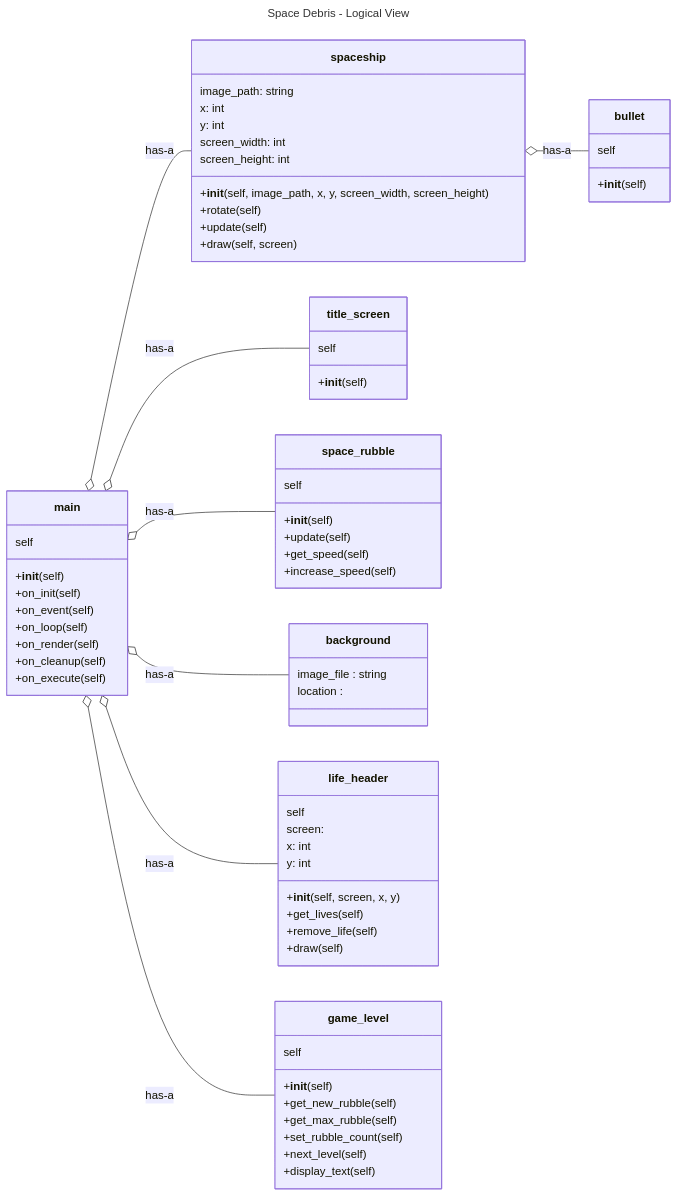
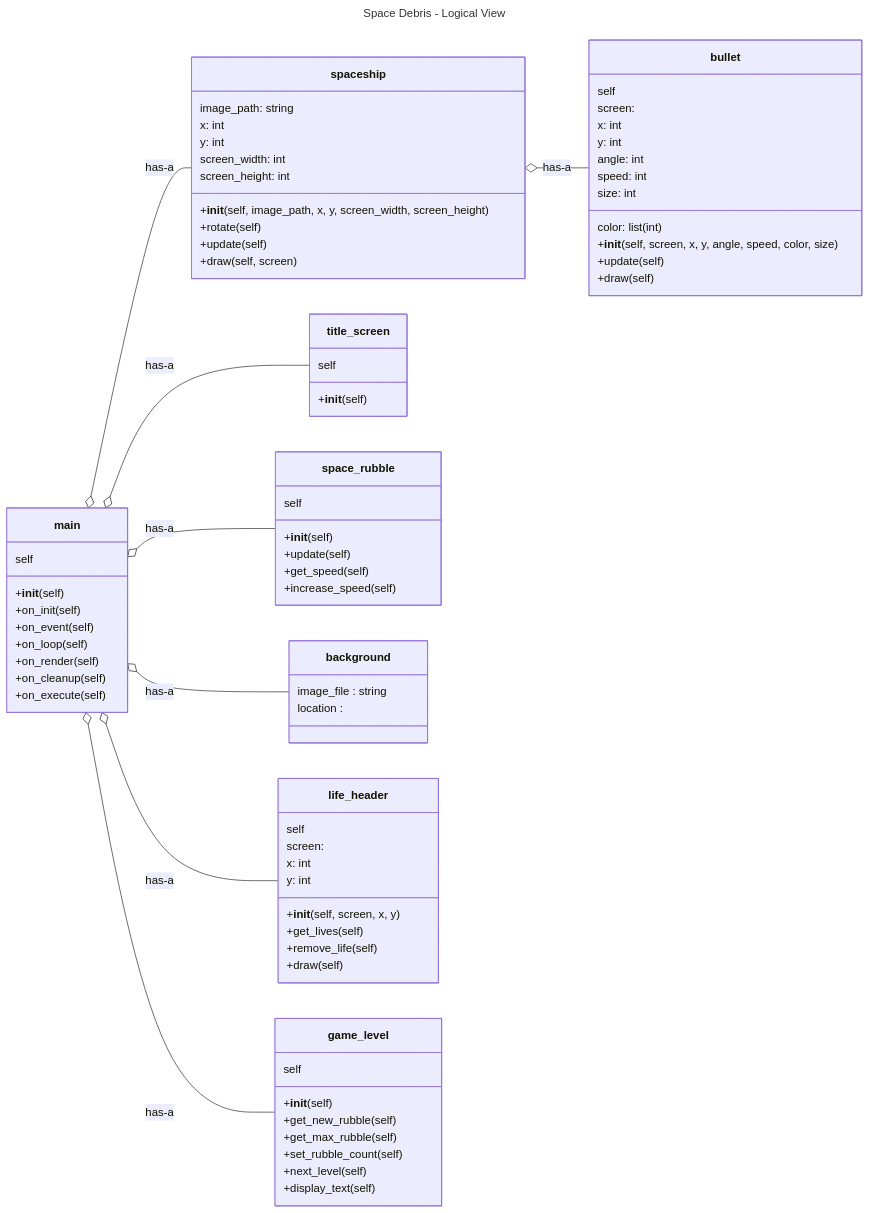
The first of 3 diagrams in README.md (mmehta2669/Final_Project_Group_2), drawn with Mermaid before and after one commit.

```diff
--- a/README.md
+++ b/README.md
@@ -50,7 +50,16 @@
 
  class bullet {
   self
-  +__init__(self)
+  screen:
+  x: int
+  y: int
+  angle: int
+  speed: int
+  color: list(int)
+  size: int
+  +__init__(self, screen, x, y, angle, speed, color, size)
+  +update(self)
+  +draw(self)
 }
 
  class life_header {
```
